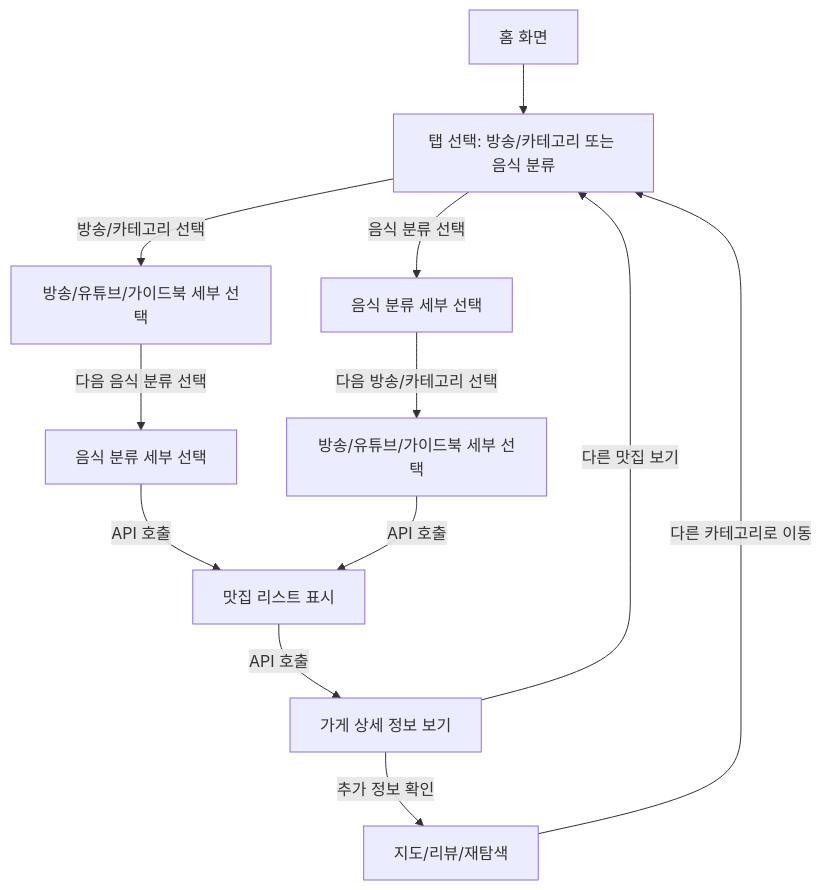
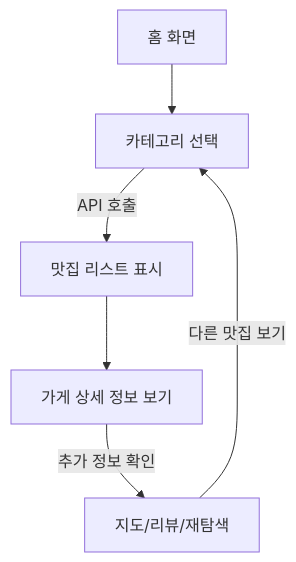
One commit to Dev-FE-3/team1-woowa-iz-JjinMat changed diagram 17 of 25 in design/기능정의서.md. Above: the diagram before and after it, drawn with Mermaid. The commit also changed other lines of this file, not shown here.

````diff
--- a/design/기능정의서.md
+++ b/design/기능정의서.md
@@ -527,17 +493,8 @@
 ```mermaid
 flowchart TD
-    A[홈 화면] --> B[탭 선택: 방송/카테고리 또는 음식 분류]
-
-    B -->|방송/카테고리 선택| C[방송/유튜브/가이드북 세부 선택]
-    C -->|다음 음식 분류 선택| D[음식 분류 세부 선택]
-    D -->|API 호출| E[맛집 리스트 표시]
-
-    B -->|음식 분류 선택| F[음식 분류 세부 선택]
-    F -->|다음 방송/카테고리 선택| G[방송/유튜브/가이드북 세부 선택]
-    G -->|API 호출| E[맛집 리스트 표시]
-
-    E -->|API 호출| H[가게 상세 정보 보기]
-    H -->|추가 정보 확인| I[지도/리뷰/재탐색]
-    H -->|다른 맛집 보기| B
-    I -->|다른 카테고리로 이동| B
+  A[홈 화면] --> B[카테고리 선택]
+  B -->|API 호출| C[맛집 리스트 표시]
+  C --> D[가게 상세 정보 보기]
+    D -->|추가 정보 확인| E[지도/리뷰/재탐색]
+    E -->|다른 맛집 보기| B
 ```
````
